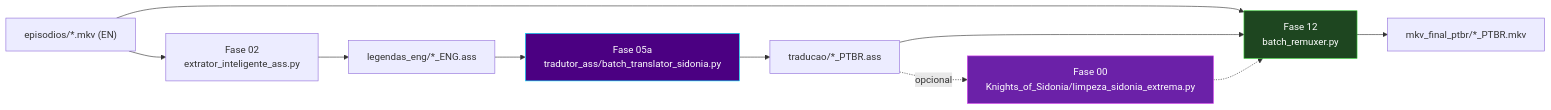
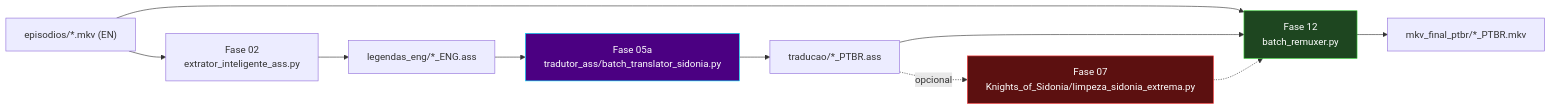
Before and after one commit to carmipa/projeto-tracker-animes-traducao: diagram 15 of 15 in docs/arquitetura.md, drawn with Mermaid. The commit also changed other lines of this file and 38 other files, not shown here.

````diff
--- a/docs/arquitetura.md
+++ b/docs/arquitetura.md
@@ -511,16 +515,16 @@
 ```mermaid
 flowchart LR
     N_MKV["episodios/*.mkv (EN)"] --> N_F02["Fase 02<br/>extrator_inteligente_ass.py"]
     N_F02 --> N_ENG["legendas_eng/*_ENG.ass"]
     N_ENG --> N_F05A["Fase 05a<br/>tradutor_ass/batch_translator_sidonia.py"]
     N_F05A --> N_ASS["traducao/*_PTBR.ass"]
-    N_ASS -.->|"opcional"| N_HYG["Fase 00<br/>Knights_of_Sidonia/limpeza_sidonia_extrema.py"]
+    N_ASS -.->|"opcional"| N_F07["Fase 07<br/>Knights_of_Sidonia/limpeza_sidonia_extrema.py"]
     N_MKV --> N_F12["Fase 12<br/>batch_remuxer.py"]
     N_ASS --> N_F12
-    N_HYG -.-> N_F12
+    N_F07 -.-> N_F12
     N_F12 --> N_OUT["mkv_final_ptbr/*_PTBR.mkv"]
 
     style N_F05A fill:#4B0082,stroke:#00E5FF,color:#fff
-    style N_HYG fill:#6b21a8,stroke:#d946ef,color:#fff
+    style N_F07 fill:#5c1010,stroke:#ff4444,color:#fff
     style N_F12 fill:#1e4620,stroke:#32CD32,color:#fff
 ```
````
